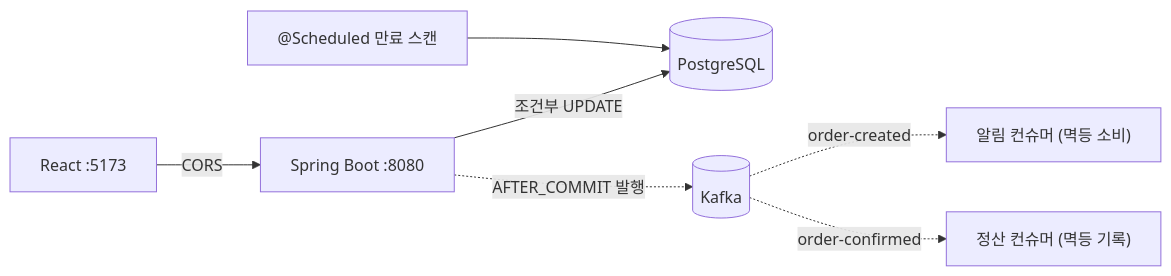
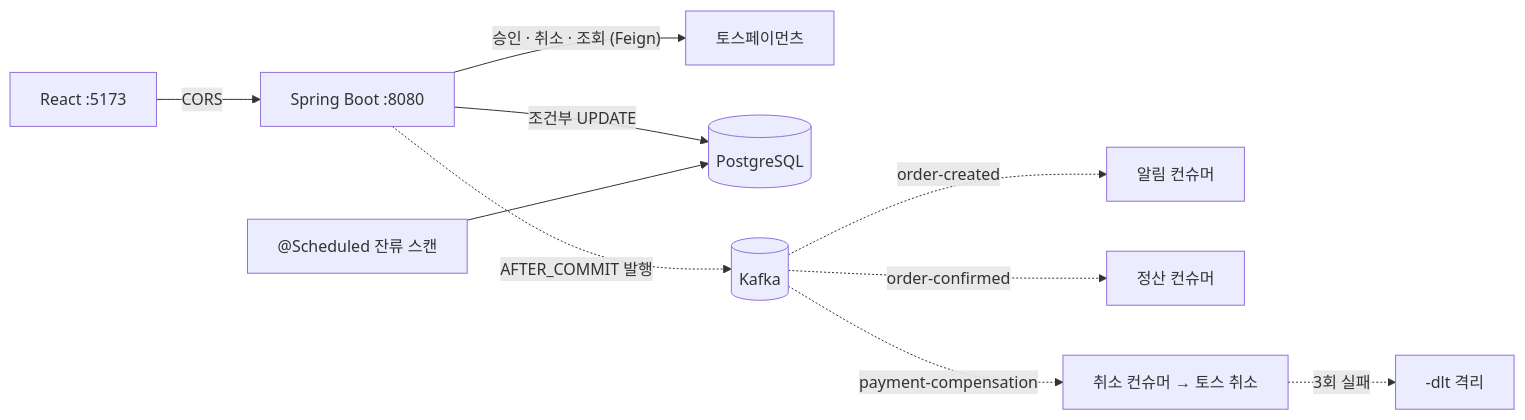
The first of 2 diagrams in README.md (asle149/susuggang), drawn with Mermaid before and after one commit. The commit also changed other lines of this file, not shown here.

````diff
--- a/README.md
+++ b/README.md
@@ -20,9 +20,12 @@
 ```mermaid
 flowchart LR
   FE["React :5173"] -->|CORS| API["Spring Boot :8080"]
+  API -->|"승인 · 취소 · 조회 (Feign)"| TOSS["토스페이먼츠"]
   API -->|"조건부 UPDATE"| DB[("PostgreSQL")]
   API -.->|"AFTER_COMMIT 발행"| K[("Kafka")]
-  K -.->|order-created| C["알림 컨슈머 (멱등 소비)"]
-  K -.->|order-confirmed| S["정산 컨슈머 (멱등 기록)"]
-  SCH["@Scheduled 만료 스캔"] --> DB
+  K -.->|order-created| C1["알림 컨슈머"]
+  K -.->|order-confirmed| C2["정산 컨슈머"]
+  K -.->|payment-compensation| C3["취소 컨슈머 → 토스 취소"]
+  C3 -.->|"3회 실패"| DLT["-dlt 격리"]
+  SCH["@Scheduled 잔류 스캔"] --> DB
 ```
````
